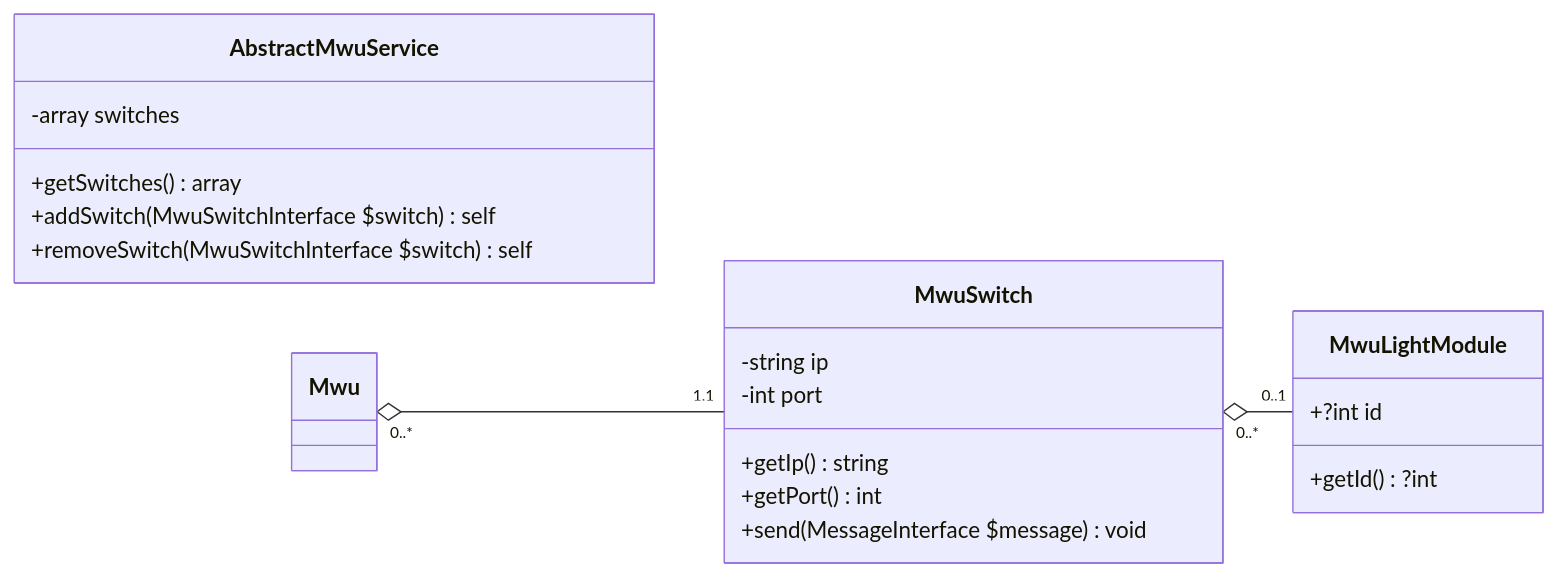
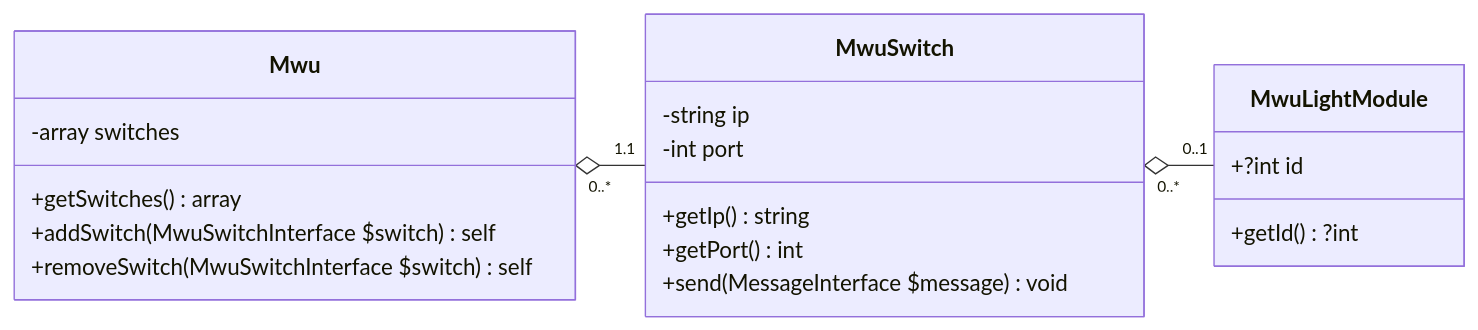
Before and after one commit to Rossel-Applications/mwu-sdk: the diagram in README.md, drawn with Mermaid. The commit also changed other lines of this file and 13 other files, not shown here.

````diff
--- a/README.md
+++ b/README.md
@@ -29,25 +53,25 @@
 ```mermaid
 classDiagram
     direction LR
-    class AbstractMwuService {
+    class Mwu {
         -array switches
         +getSwitches() array
         +addSwitch(MwuSwitchInterface $switch) self
         +removeSwitch(MwuSwitchInterface $switch) self
     }
     class MwuSwitch {
         -string ip
         -int port
         +getIp() string
         +getPort() int
         +send(MessageInterface $message) void
     }
     class MwuLightModule {
         +?int id
         +getId() ?int
     }
     
     Mwu "0..*" o-- "1,1" MwuSwitch
     MwuSwitch "0..*" o-- "0..1" MwuLightModule
     ```
 ```
````
